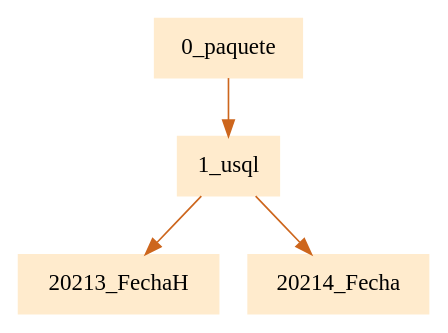
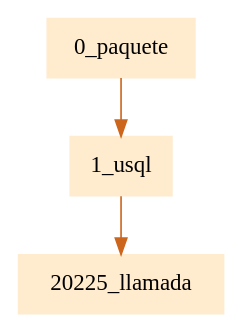
Before and after one commit to JamesMelgar/compi2javaccpr1: the diagram in pr1Compilarodores2/paquete.dot, drawn with Graphviz. The commit also changed 13 other files, not shown here.

```diff
--- a/pr1Compilarodores2/paquete.dot
+++ b/pr1Compilarodores2/paquete.dot
@@ -1,5 +1,5 @@
 digraph G {node[shape=box, style=filled, color=blanchedalmond]; edge[color=chocolate3];rankdir=UD 
 
-"0_paquete"->"1_usql""1_usql"->"20213_FechaH""1_usql"->"20214_Fecha"
+"0_paquete"->"1_usql""1_usql"->"20225_llamada"
 
 }
```
